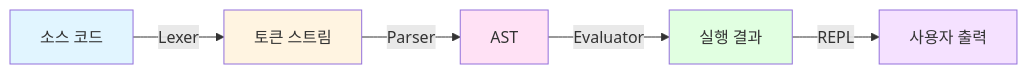
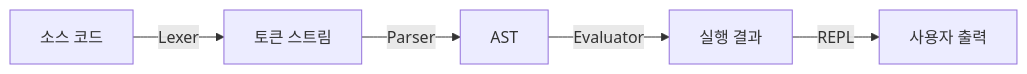
The first of 2 diagrams in README.md (hot666666/MonkeySwift), drawn with Mermaid before and after one commit. The commit also changed other lines of this file, not shown here.

````diff
--- a/README.md
+++ b/README.md
@@ -72,13 +77,7 @@
 ```mermaid
 graph LR
     A[소스 코드] -->|Lexer| B[토큰 스트림]
     B -->|Parser| C[AST]
     C -->|Evaluator| D[실행 결과]
     D -->|REPL| E[사용자 출력]
-
-    style A fill:#e1f5ff
-    style B fill:#fff4e1
-    style C fill:#ffe1f5
-    style D fill:#e1ffe1
-    style E fill:#f5e1ff
 ```
````
